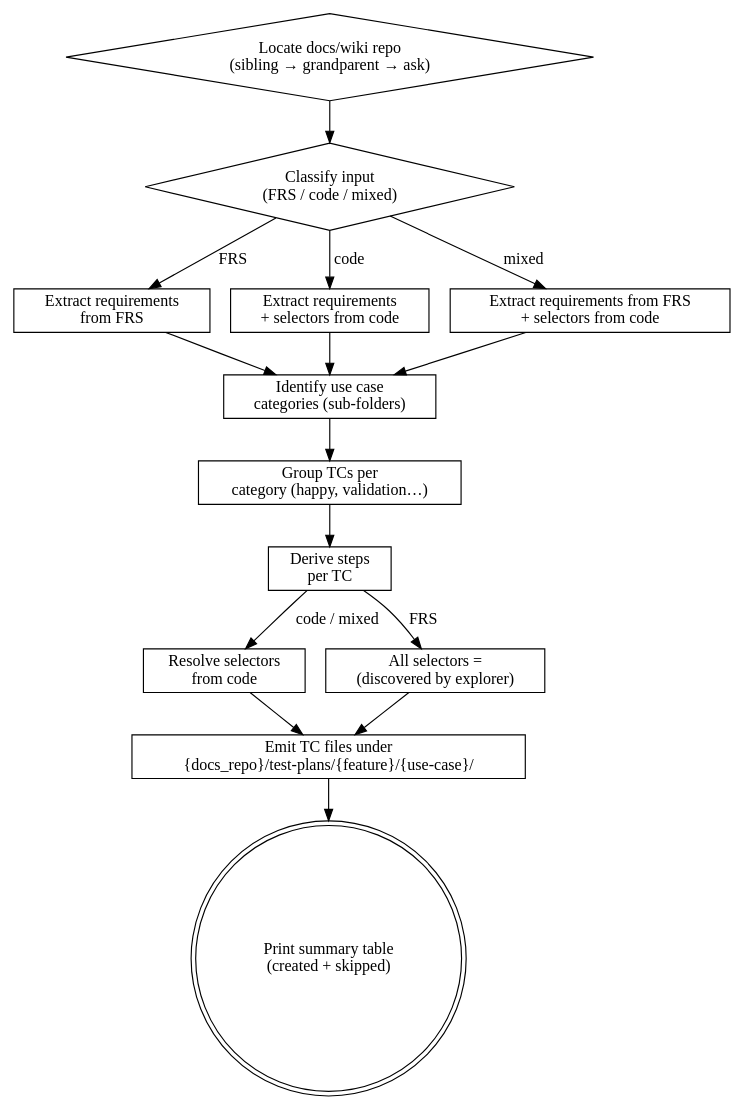
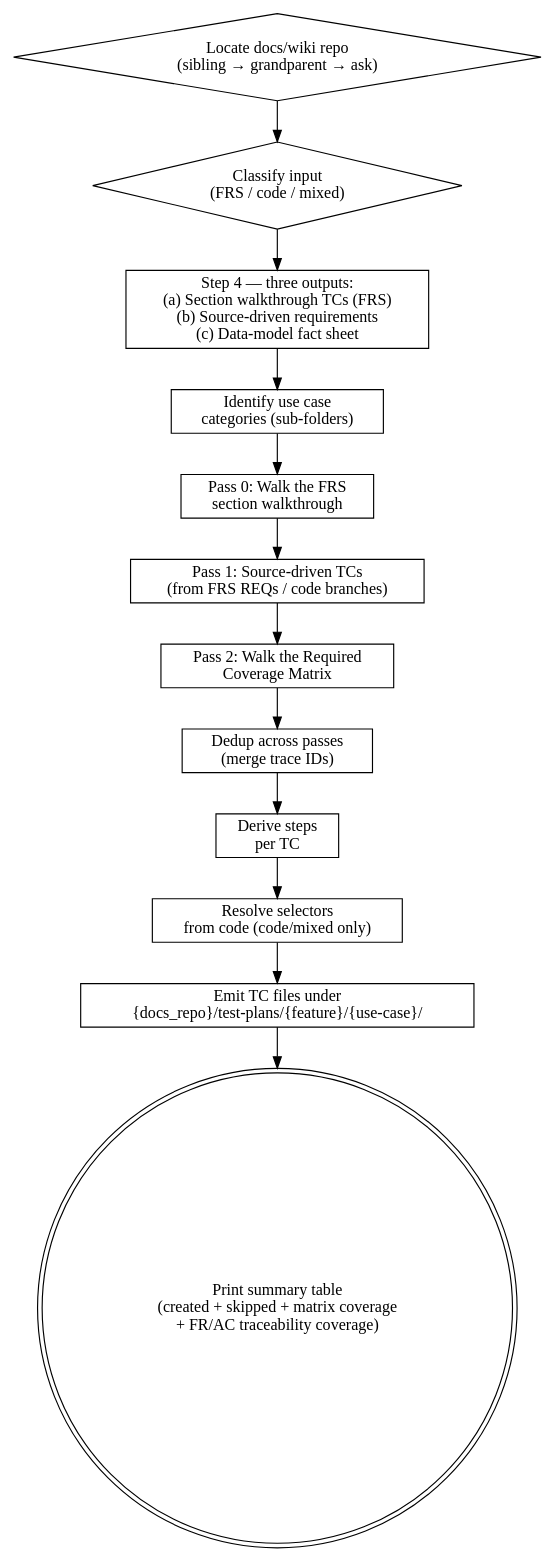
One commit to thapaliyabikendra/agentic-dev-flow changed the diagram in plugins/agentic-flow/skills/generate-test-plan/SKILL.md. Above: the diagram before and after it, drawn with Graphviz. The commit also changed other lines of this file, not shown here.

Commit message:
feat: update skill for more test cases from frs with exact qa test cases

````diff
--- a/plugins/agentic-flow/skills/generate-test-plan/SKILL.md
+++ b/plugins/agentic-flow/skills/generate-test-plan/SKILL.md
@@ -194,33 +519,22 @@
 ```dot
 digraph process {
     rankdir=TB;
 
     locate [label="Locate docs/wiki repo\n(sibling → grandparent → ask)" shape=diamond];
     classify [label="Classify input\n(FRS / code / mixed)" shape=diamond];
-    extract_frs [label="Extract requirements\nfrom FRS" shape=box];
-    extract_code [label="Extract requirements\n+ selectors from code" shape=box];
-    extract_mixed [label="Extract requirements from FRS\n+ selectors from code" shape=box];
+    extract [label="Step 4 — three outputs:\n(a) Section walkthrough TCs (FRS)\n(b) Source-driven requirements\n(c) Data-model fact sheet" shape=box];
     categories [label="Identify use case\ncategories (sub-folders)" shape=box];
-    group [label="Group TCs per\ncategory (happy, validation…)" shape=box];
+    pass0 [label="Pass 0: Walk the FRS\nsection walkthrough" shape=box];
+    pass1 [label="Pass 1: Source-driven TCs\n(from FRS REQs / code branches)" shape=box];
+    pass2 [label="Pass 2: Walk the Required\nCoverage Matrix" shape=box];
+    dedup [label="Dedup across passes\n(merge trace IDs)" shape=box];
     steps [label="Derive steps\nper TC" shape=box];
-    selectors [label="Resolve selectors\nfrom code" shape=box];
-    skip_sel [label="All selectors =\n(discovered by explorer)" shape=box];
+    selectors [label="Resolve selectors\nfrom code (code/mixed only)" shape=box];
     emit [label="Emit TC files under\n{docs_repo}/test-plans/{feature}/{use-case}/" shape=box];
-    summary [label="Print summary table\n(created + skipped)" shape=doublecircle];
+    summary [label="Print summary table\n(created + skipped + matrix coverage\n+ FR/AC traceability coverage)" shape=doublecircle];
 
-    locate -> classify;
-    classify -> extract_frs [label="FRS"];
-    classify -> extract_code [label="code"];
-    classify -> extract_mixed [label="mixed"];
-    extract_frs -> categories;
-    extract_code -> categories;
-    extract_mixed -> categories;
-    categories -> group;
-    group -> steps;
-    steps -> selectors [label="code / mixed"];
-    steps -> skip_sel [label="FRS"];
-    selectors -> emit;
-    skip_sel -> emit;
-    emit -> summary;
+    locate -> classify -> extract -> categories;
+    categories -> pass0 -> pass1 -> pass2 -> dedup;
+    dedup -> steps -> selectors -> emit -> summary;
 }
 ```
````
